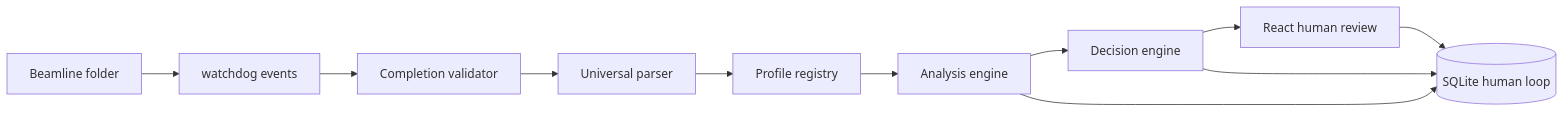
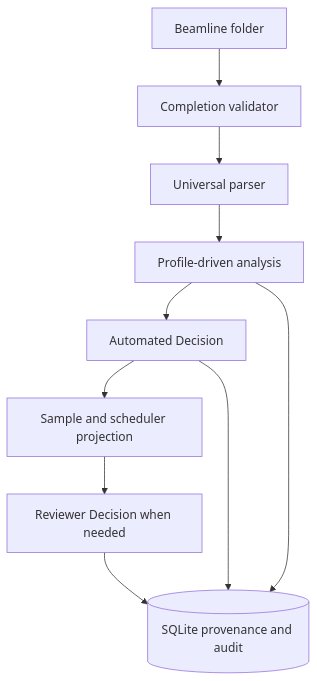
The first of 3 diagrams in docs/architecture.md (gchunhao/Real-time-xas-beamtime-decision), drawn with Mermaid before and after one commit. The commit also changed other lines of this file and 45 other files, not shown here.

````diff
--- a/docs/architecture.md
+++ b/docs/architecture.md
@@ -5,13 +5,12 @@
 ```mermaid
-flowchart LR
-    A[Beamline folder] --> B[watchdog events]
-    B --> C[Completion validator]
-    C --> D[Universal parser]
-    D --> E[Profile registry]
-    E --> F[Analysis engine]
-    F --> G[Decision engine]
-    G --> H[React human review]
-    H --> I[(SQLite human loop)]
-    F --> I
-    G --> I
+flowchart TD
+    A[Beamline folder] --> B[Completion validator]
+    B --> C[Universal parser]
+    C --> D[Profile-driven analysis]
+    D --> E[Automated Decision]
+    E --> F[Sample and scheduler projection]
+    F --> G[Reviewer Decision when needed]
+    G --> H[(SQLite provenance and audit)]
+    D --> H
+    E --> H
 ```
````
